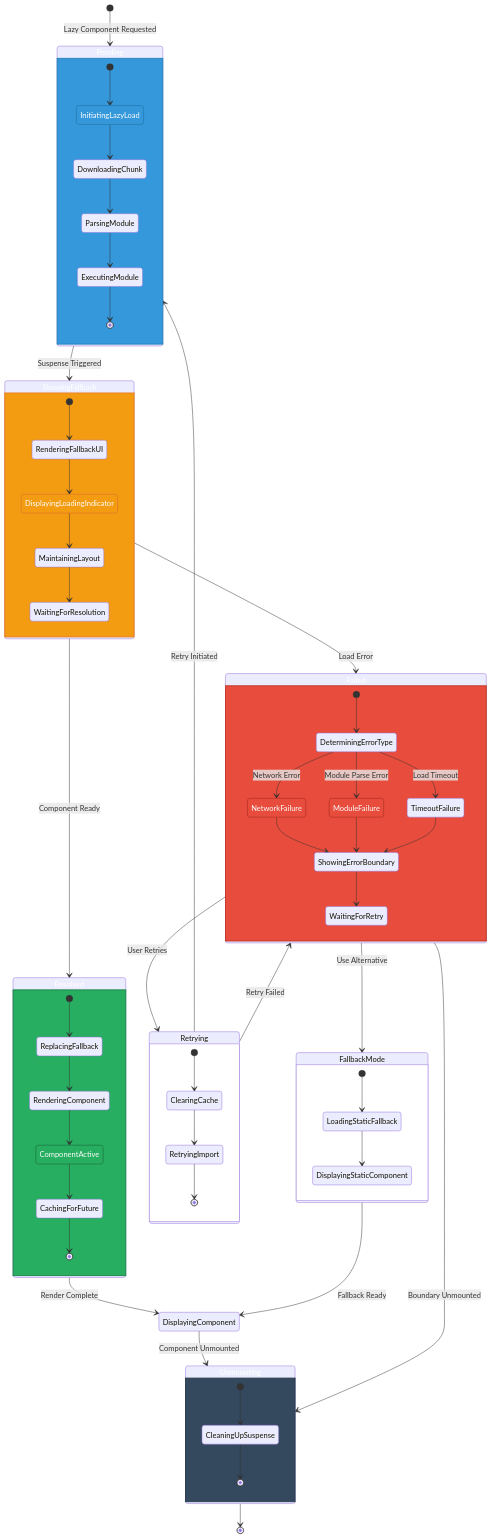
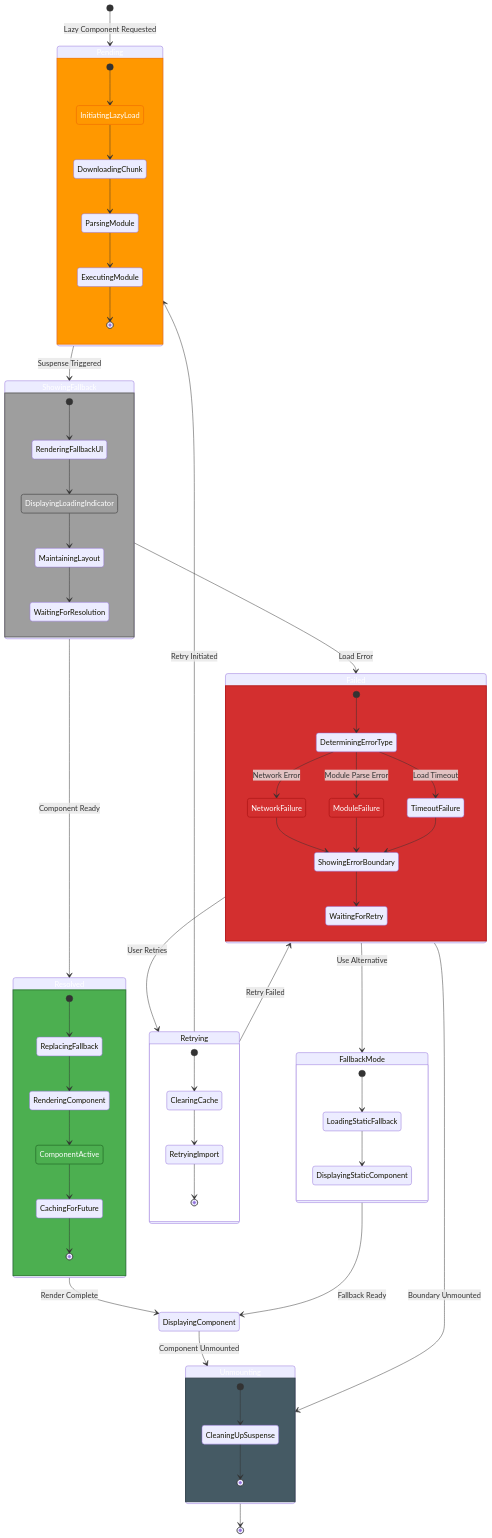
The sixth of 11 diagrams in docs/architecture/STATEDIAGRAM.md (step-security-bot/cia-compliance-manager), drawn with Mermaid before and after one commit. The commit also changed other lines of this file and 27 other files, not shown here.

First line of the commit message:
fix: resolve broken mermaid diagrams and improve color coding to match ISMS style guide (#1106)

```diff
--- a/docs/architecture/STATEDIAGRAM.md
+++ b/docs/architecture/STATEDIAGRAM.md
@@ -603,11 +603,11 @@
     
     Unmounting --> [*]
     
-    classDef pending fill:#3498db,stroke:#2980b9,stroke-width:2px,color:white
-    classDef fallback fill:#f39c12,stroke:#e67e22,stroke-width:2px,color:white
-    classDef resolved fill:#27ae60,stroke:#1e8449,stroke-width:2px,color:white
-    classDef failed fill:#e74c3c,stroke:#c0392b,stroke-width:2px,color:white
-    classDef unmount fill:#34495e,stroke:#2c3e50,stroke-width:2px,color:white
+    classDef pending fill:#FF9800,stroke:#F57C00,stroke-width:2px,color:#ffffff
+    classDef fallback fill:#9E9E9E,stroke:#616161,stroke-width:2px,color:#ffffff
+    classDef resolved fill:#4CAF50,stroke:#2E7D32,stroke-width:2px,color:#ffffff
+    classDef failed fill:#D32F2F,stroke:#B71C1C,stroke-width:2px,color:#ffffff
+    classDef unmount fill:#455A64,stroke:#37474F,stroke-width:2px,color:#ffffff
     
     class Pending,InitiatingLazyLoad pending
     class ShowingFallback,DisplayingLoadingIndicator fallback
```
